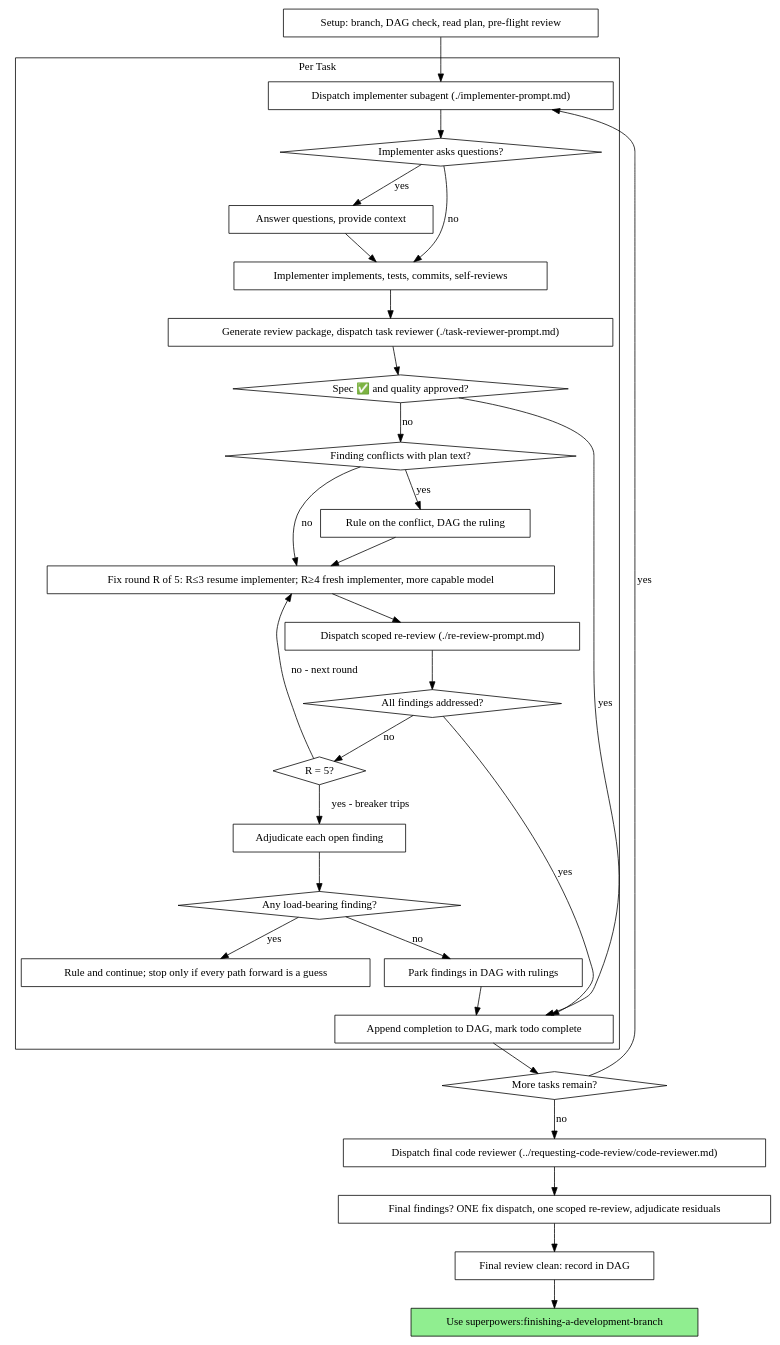
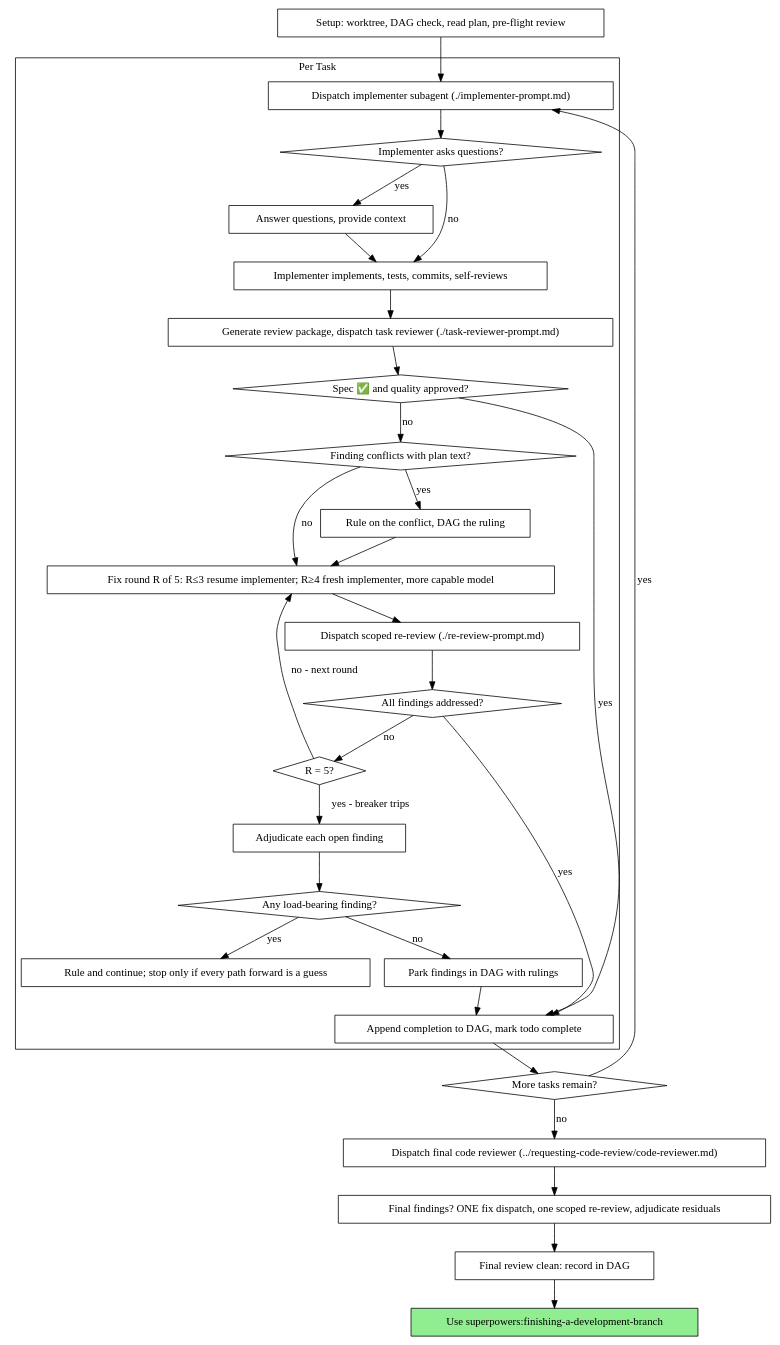
Before and after one commit to deuriib/superpowers-agentmemory: the second of 2 diagrams in skills/subagent-driven-development/SKILL.md, drawn with Graphviz. The commit also changed other lines of this file, not shown here.

First line of the commit message:
fix(sdd): restore using-git-worktrees reference in setup

````diff
--- a/skills/subagent-driven-development/SKILL.md
+++ b/skills/subagent-driven-development/SKILL.md
@@ -61,62 +61,62 @@
 ```dot
 digraph process {
     rankdir=TB;
 
     subgraph cluster_per_task {
         label="Per Task";
         "Dispatch implementer subagent (./implementer-prompt.md)" [shape=box];
         "Implementer asks questions?" [shape=diamond];
         "Answer questions, provide context" [shape=box];
         "Implementer implements, tests, commits, self-reviews" [shape=box];
         "Generate review package, dispatch task reviewer (./task-reviewer-prompt.md)" [shape=box];
         "Spec ✅ and quality approved?" [shape=diamond];
         "Finding conflicts with plan text?" [shape=diamond];
         "Rule on the conflict, DAG the ruling" [shape=box];
         "Fix round R of 5: R≤3 resume implementer; R≥4 fresh implementer, more capable model" [shape=box];
         "Dispatch scoped re-review (./re-review-prompt.md)" [shape=box];
         "All findings addressed?" [shape=diamond];
         "R = 5?" [shape=diamond];
         "Adjudicate each open finding" [shape=box];
         "Any load-bearing finding?" [shape=diamond];
         "Rule and continue; stop only if every path forward is a guess" [shape=box];
         "Park findings in DAG with rulings" [shape=box];
         "Append completion to DAG, mark todo complete" [shape=box];
     }
 
-    "Setup: branch, DAG check, read plan, pre-flight review" [shape=box];
+    "Setup: worktree, DAG check, read plan, pre-flight review" [shape=box];
     "More tasks remain?" [shape=diamond];
     "Dispatch final code reviewer (../requesting-code-review/code-reviewer.md)" [shape=box];
     "Final findings? ONE fix dispatch, one scoped re-review, adjudicate residuals" [shape=box];
     "Final review clean: record in DAG" [shape=box];
     "Use superpowers:finishing-a-development-branch" [shape=box style=filled fillcolor=lightgreen];
 
-    "Setup: branch, DAG check, read plan, pre-flight review" -> "Dispatch implementer subagent (./implementer-prompt.md)";
+    "Setup: worktree, DAG check, read plan, pre-flight review" -> "Dispatch implementer subagent (./implementer-prompt.md)";
     "Dispatch implementer subagent (./implementer-prompt.md)" -> "Implementer asks questions?";
     "Implementer asks questions?" -> "Answer questions, provide context" [label="yes"];
     "Answer questions, provide context" -> "Implementer implements, tests, commits, self-reviews";
     "Implementer asks questions?" -> "Implementer implements, tests, commits, self-reviews" [label="no"];
     "Implementer implements, tests, commits, self-reviews" -> "Generate review package, dispatch task reviewer (./task-reviewer-prompt.md)";
     "Generate review package, dispatch task reviewer (./task-reviewer-prompt.md)" -> "Spec ✅ and quality approved?";
     "Spec ✅ and quality approved?" -> "Append completion to DAG, mark todo complete" [label="yes"];
     "Spec ✅ and quality approved?" -> "Finding conflicts with plan text?" [label="no"];
     "Finding conflicts with plan text?" -> "Rule on the conflict, DAG the ruling" [label="yes"];
     "Rule on the conflict, DAG the ruling" -> "Fix round R of 5: R≤3 resume implementer; R≥4 fresh implementer, more capable model";
     "Finding conflicts with plan text?" -> "Fix round R of 5: R≤3 resume implementer; R≥4 fresh implementer, more capable model" [label="no"];
     "Fix round R of 5: R≤3 resume implementer; R≥4 fresh implementer, more capable model" -> "Dispatch scoped re-review (./re-review-prompt.md)";
     "Dispatch scoped re-review (./re-review-prompt.md)" -> "All findings addressed?";
     "All findings addressed?" -> "Append completion to DAG, mark todo complete" [label="yes"];
     "All findings addressed?" -> "R = 5?" [label="no"];
     "R = 5?" -> "Fix round R of 5: R≤3 resume implementer; R≥4 fresh implementer, more capable model" [label="no - next round"];
     "R = 5?" -> "Adjudicate each open finding" [label="yes - breaker trips"];
     "Adjudicate each open finding" -> "Any load-bearing finding?";
     "Any load-bearing finding?" -> "Rule and continue; stop only if every path forward is a guess" [label="yes"];
     "Any load-bearing finding?" -> "Park findings in DAG with rulings" [label="no"];
     "Park findings in DAG with rulings" -> "Append completion to DAG, mark todo complete";
     "Append completion to DAG, mark todo complete" -> "More tasks remain?";
     "More tasks remain?" -> "Dispatch implementer subagent (./implementer-prompt.md)" [label="yes"];
     "More tasks remain?" -> "Dispatch final code reviewer (../requesting-code-review/code-reviewer.md)" [label="no"];
     "Dispatch final code reviewer (../requesting-code-review/code-reviewer.md)" -> "Final findings? ONE fix dispatch, one scoped re-review, adjudicate residuals";
     "Final findings? ONE fix dispatch, one scoped re-review, adjudicate residuals" -> "Final review clean: record in DAG";
     "Final review clean: record in DAG" -> "Use superpowers:finishing-a-development-branch";
 }
 ```
````
